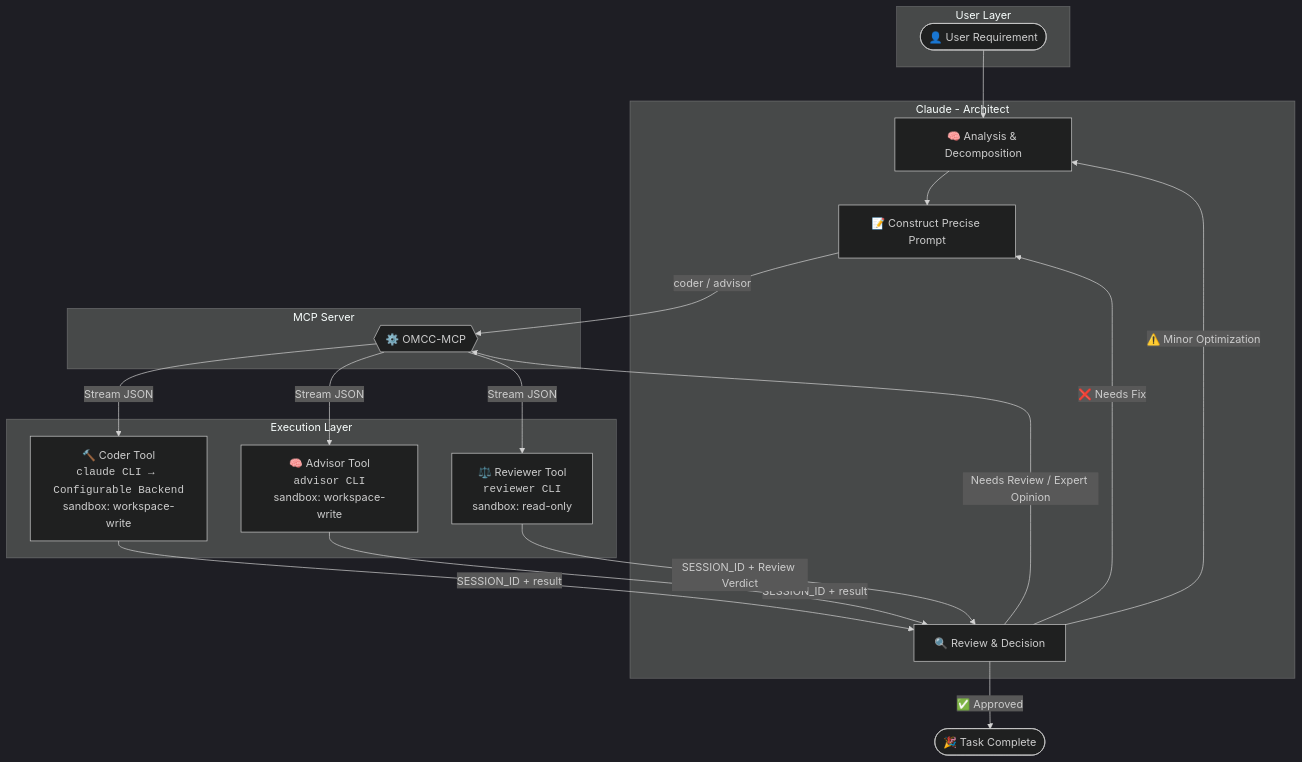
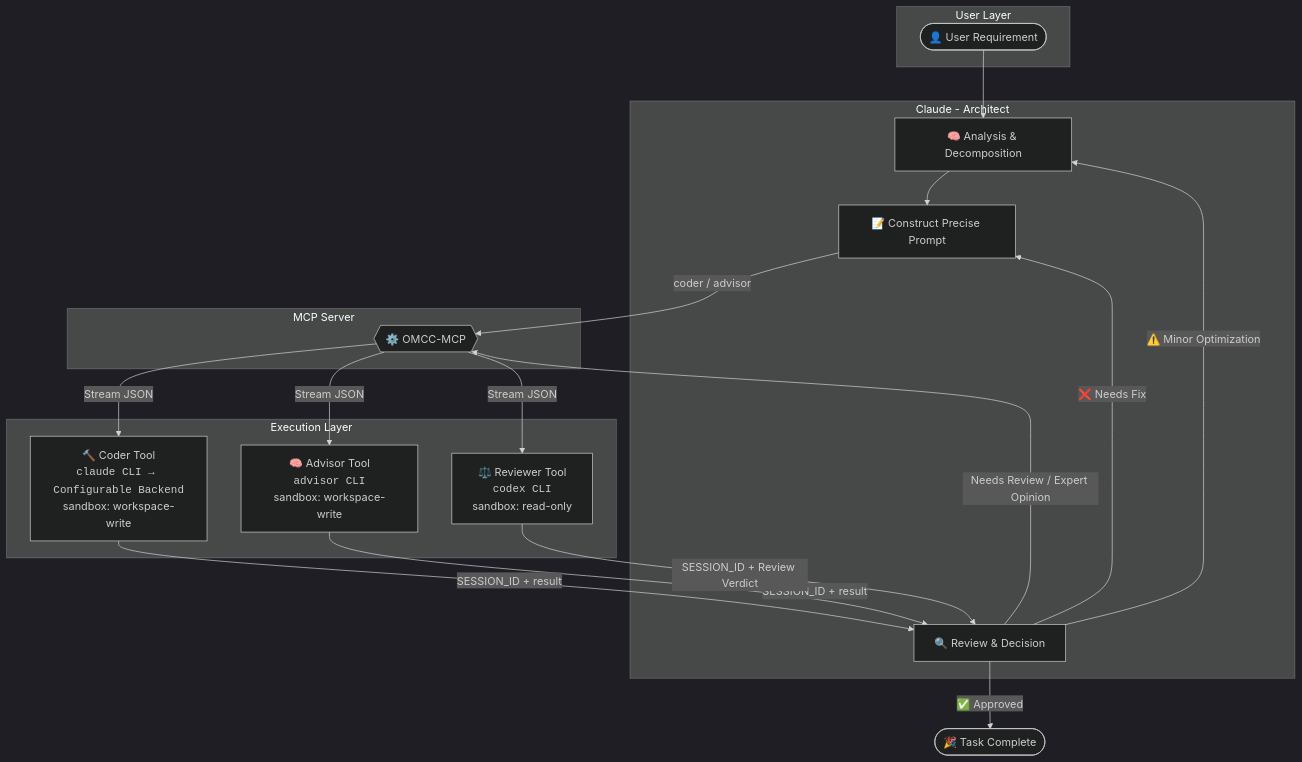
Before and after one commit to Lynricsy/Oh-My-ClaudeCode: the diagram in README_EN.md, drawn with Mermaid (dark theme). The commit also changed other lines of this file and 3 other files, not shown here.

First line of the commit message:
:bug: fix: 修复 Codex CLI 引用被误改的问题

````diff
--- a/README_EN.md
+++ b/README_EN.md
@@ -83,41 +83,41 @@
 ```mermaid
 flowchart TB
     subgraph UserLayer ["User Layer"]
         User(["👤 User Requirement"])
     end
 
     subgraph ClaudeLayer ["Claude - Architect"]
         Claude["🧠 Analysis & Decomposition"]
         Prompt["📝 Construct Precise Prompt"]
         Review["🔍 Review & Decision"]
     end
 
     subgraph MCPLayer ["MCP Server"]
         MCP{{"⚙️ OMCC-MCP"}}
     end
 
     subgraph ToolLayer ["Execution Layer"]
         Coder["🔨 Coder Tool<br><code>claude CLI → Configurable Backend</code><br>sandbox: workspace-write"]
-        Reviewer["⚖️ Reviewer Tool<br><code>reviewer CLI</code><br>sandbox: read-only"]
+        Reviewer["⚖️ Reviewer Tool<br><code>codex CLI</code><br>sandbox: read-only"]
         Advisor["🧠 Advisor Tool<br><code>advisor CLI</code><br>sandbox: workspace-write"]
     end
 
     User --> Claude
     Claude --> Prompt
     Prompt -->|"coder / advisor"| MCP
 
     MCP -->|"Stream JSON"| Coder
     MCP -->|"Stream JSON"| Advisor
 
     Coder -->|"SESSION_ID + result"| Review
     Advisor -->|"SESSION_ID + result"| Review
 
     Review -->|"Needs Review / Expert Opinion"| MCP
     MCP -->|"Stream JSON"| Reviewer
 
     Reviewer -->|"SESSION_ID + Review Verdict"| Review
 
     Review -->|"✅ Approved"| Done(["🎉 Task Complete"])
     Review -->|"❌ Needs Fix"| Prompt
     Review -->|"⚠️ Minor Optimization"| Claude
 ```
````
